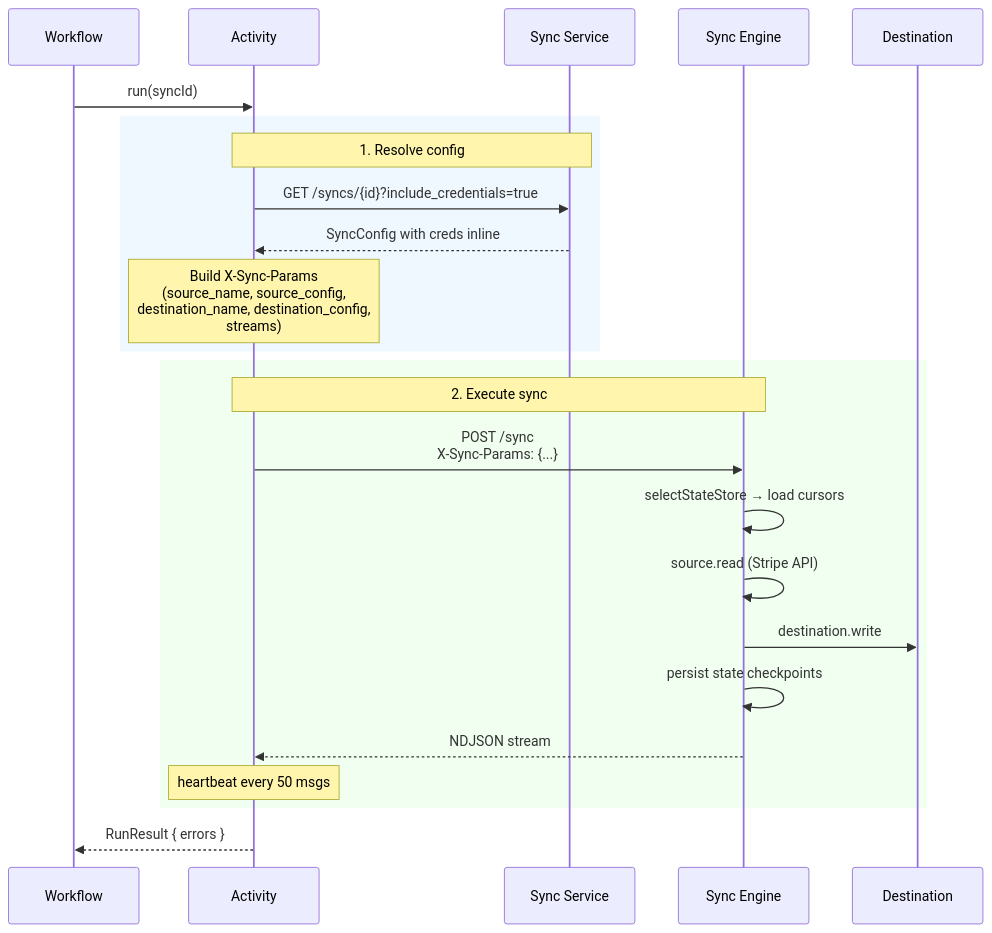
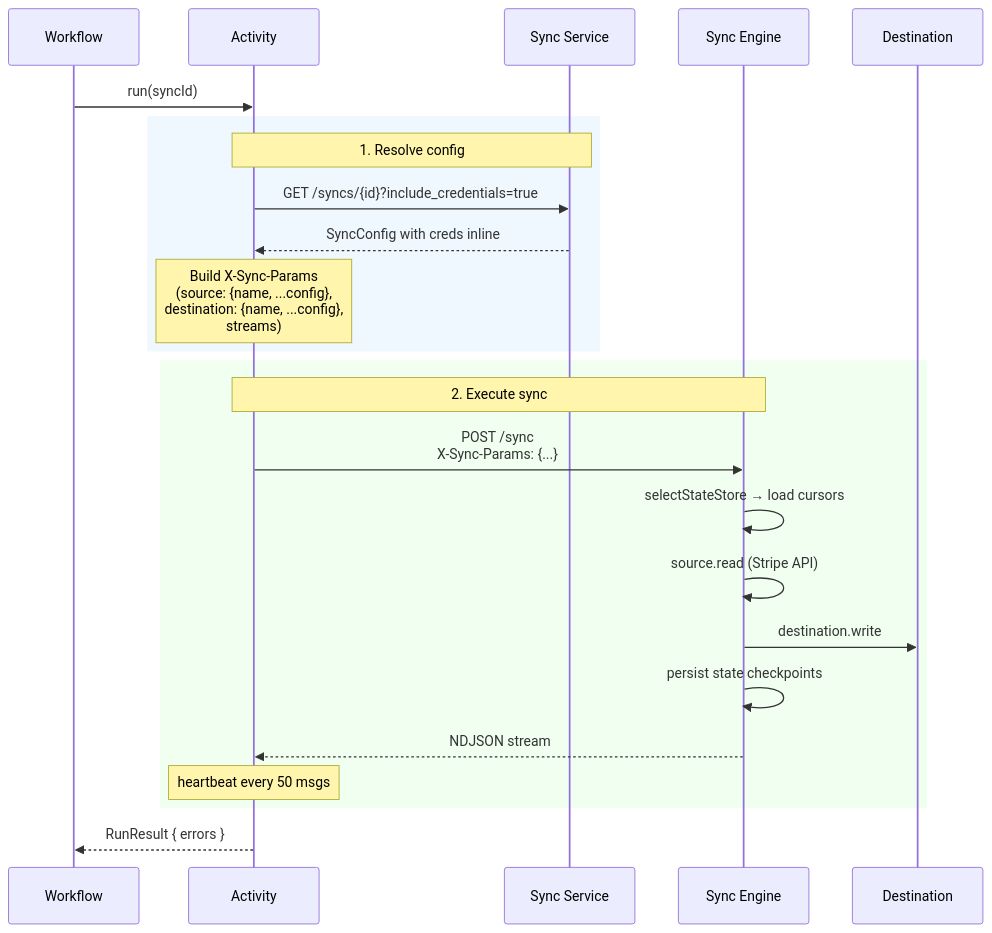
Before and after one commit to supabase/stripe-sync-engine: the second of 5 diagrams in docs/pages/service/temporal.md, drawn with Mermaid. The commit also changed 12 other files, not shown here.

First line of the commit message:
fix: update all shell tests, docs, and e2e scripts for new SyncParams wire format

````diff
--- a/docs/pages/service/temporal.md
+++ b/docs/pages/service/temporal.md
@@ -77,30 +77,30 @@
 ```mermaid
 sequenceDiagram
     participant Workflow
     participant Activity
     participant Service as Sync Service
     participant Engine as Sync Engine
     participant Dest as Destination
 
     Workflow->>Activity: run(syncId)
 
     rect rgb(240, 248, 255)
         Note over Activity,Service: 1. Resolve config
         Activity->>Service: GET /syncs/{id}?include_credentials=true
         Service-->>Activity: SyncConfig with creds inline
-        Note over Activity: Build X-Sync-Params<br/>(source_name, source_config,<br/>destination_name, destination_config,<br/>streams)
+        Note over Activity: Build X-Sync-Params<br/>(source: {name, ...config},<br/>destination: {name, ...config},<br/>streams)
     end
 
     rect rgb(240, 255, 240)
         Note over Activity,Engine: 2. Execute sync
         Activity->>Engine: POST /sync<br/>X-Sync-Params: {...}
         Engine->>Engine: selectStateStore → load cursors
         Engine->>Engine: source.read (Stripe API)
         Engine->>Dest: destination.write
         Engine->>Engine: persist state checkpoints
         Engine-->>Activity: NDJSON stream
         Note over Activity: heartbeat every 50 msgs
     end
 
     Activity-->>Workflow: RunResult { errors }
 ```
````
